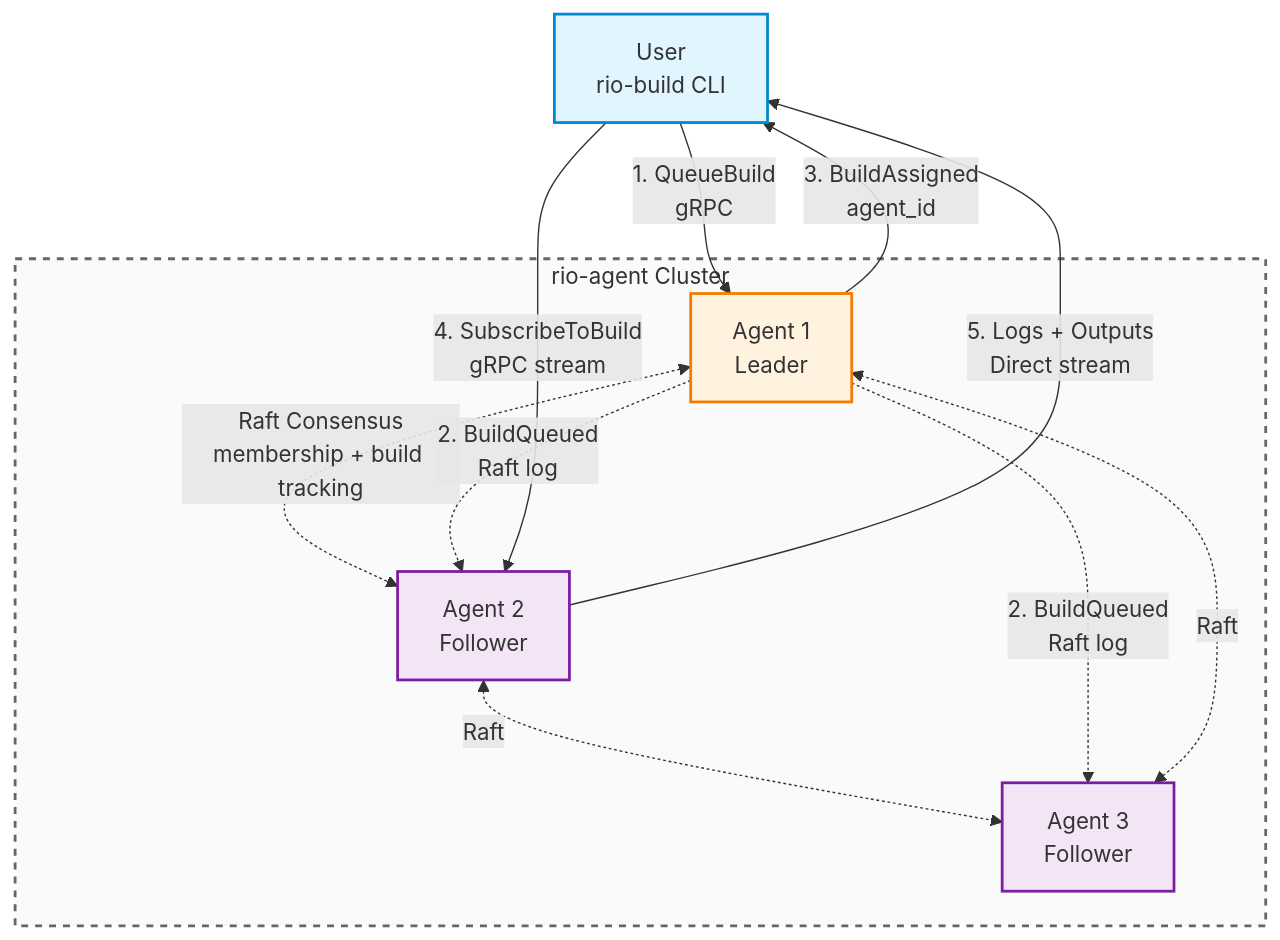
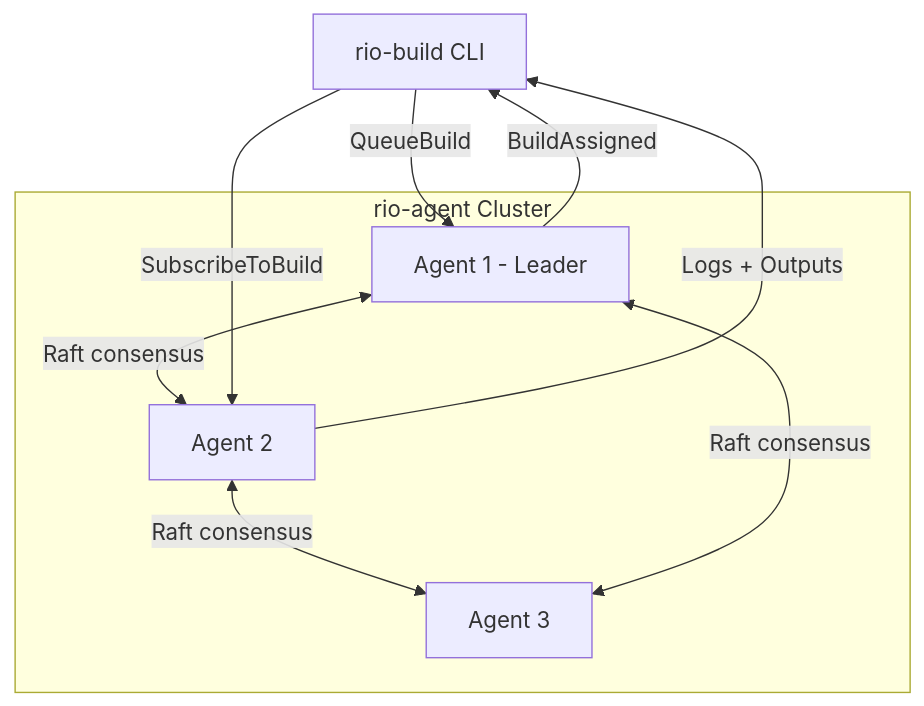
One commit to Mic92/rio-build changed the first of 5 diagrams in DESIGN.md. Above: the diagram before and after it, drawn with Mermaid.

Commit message:
docs: simplify high-level architecture diagram

````diff
--- a/DESIGN.md
+++ b/DESIGN.md
@@ -13,31 +13,19 @@
 ```mermaid
 graph TB
-    User[User<br/>rio-build CLI]
+    CLI[rio-build CLI]
 
-    subgraph Cluster["rio-agent Cluster"]
-        Leader[Agent 1<br/>Leader]
-        Agent2[Agent 2<br/>Follower]
-        Agent3[Agent 3<br/>Follower]
+    subgraph Cluster[rio-agent Cluster]
+        Leader[Agent 1 - Leader]
+        Agent2[Agent 2]
+        Agent3[Agent 3]
 
-        Leader <-.Raft Consensus<br/>membership + build tracking.-> Agent2
-        Agent2 <-.Raft.-> Agent3
-        Agent3 <-.Raft.-> Leader
+        Leader <-->|Raft consensus| Agent2
+        Agent2 <-->|Raft consensus| Agent3
+        Agent3 <-->|Raft consensus| Leader
     end
 
-    User -->|1. QueueBuild<br/>gRPC| Leader
-    Leader -.->|2. BuildQueued<br/>Raft log| Agent2
-    Leader -.->|2. BuildQueued<br/>Raft log| Agent3
-    Leader -->|3. BuildAssigned<br/>agent_id| User
-    User -->|4. SubscribeToBuild<br/>gRPC stream| Agent2
-    Agent2 -->|5. Logs + Outputs<br/>Direct stream| User
-
-    classDef userNode fill:#e1f5ff,stroke:#0288d1,stroke-width:2px
-    classDef leaderNode fill:#fff3e0,stroke:#f57c00,stroke-width:2px
-    classDef agentNode fill:#f3e5f5,stroke:#7b1fa2,stroke-width:2px
-    classDef clusterBox fill:#fafafa,stroke:#666,stroke-width:2px,stroke-dasharray: 5 5
-
-    class User userNode
-    class Leader leaderNode
-    class Agent2,Agent3 agentNode
-    class Cluster clusterBox
+    CLI -->|QueueBuild| Leader
+    Leader -->|BuildAssigned| CLI
+    CLI -->|SubscribeToBuild| Agent2
+    Agent2 -->|Logs + Outputs| CLI
 ```
````
